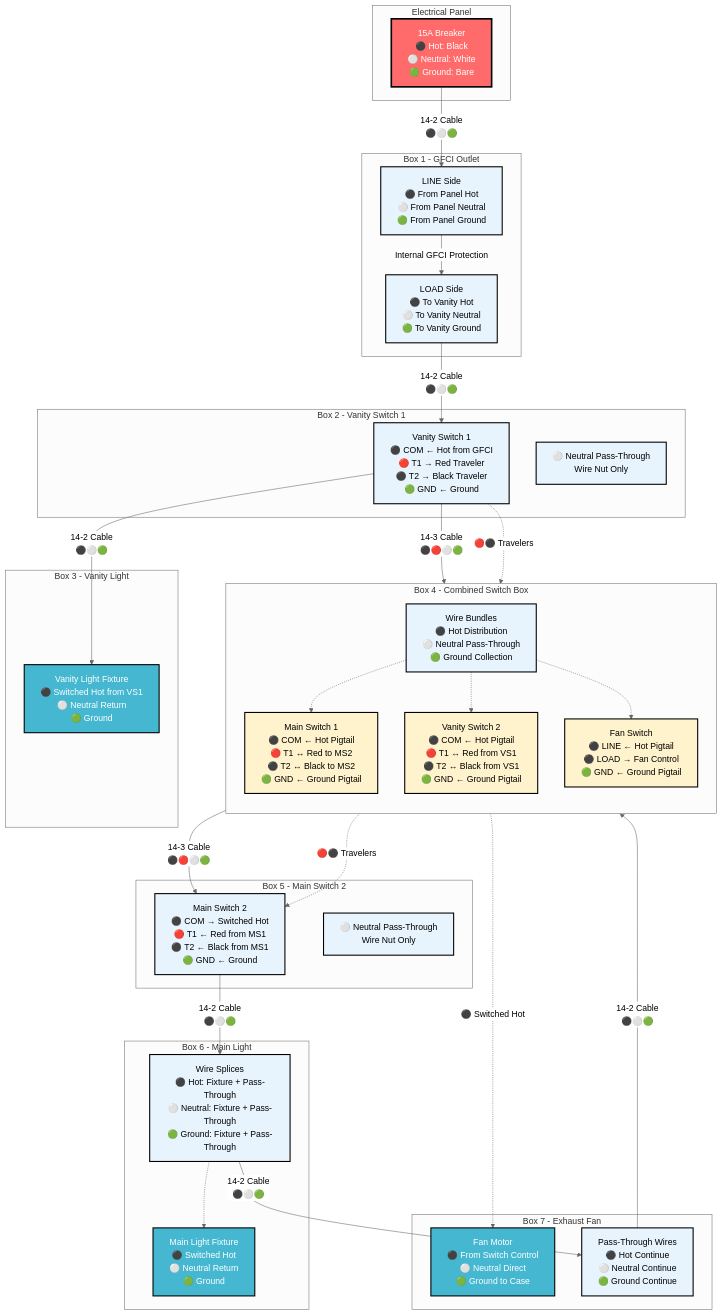
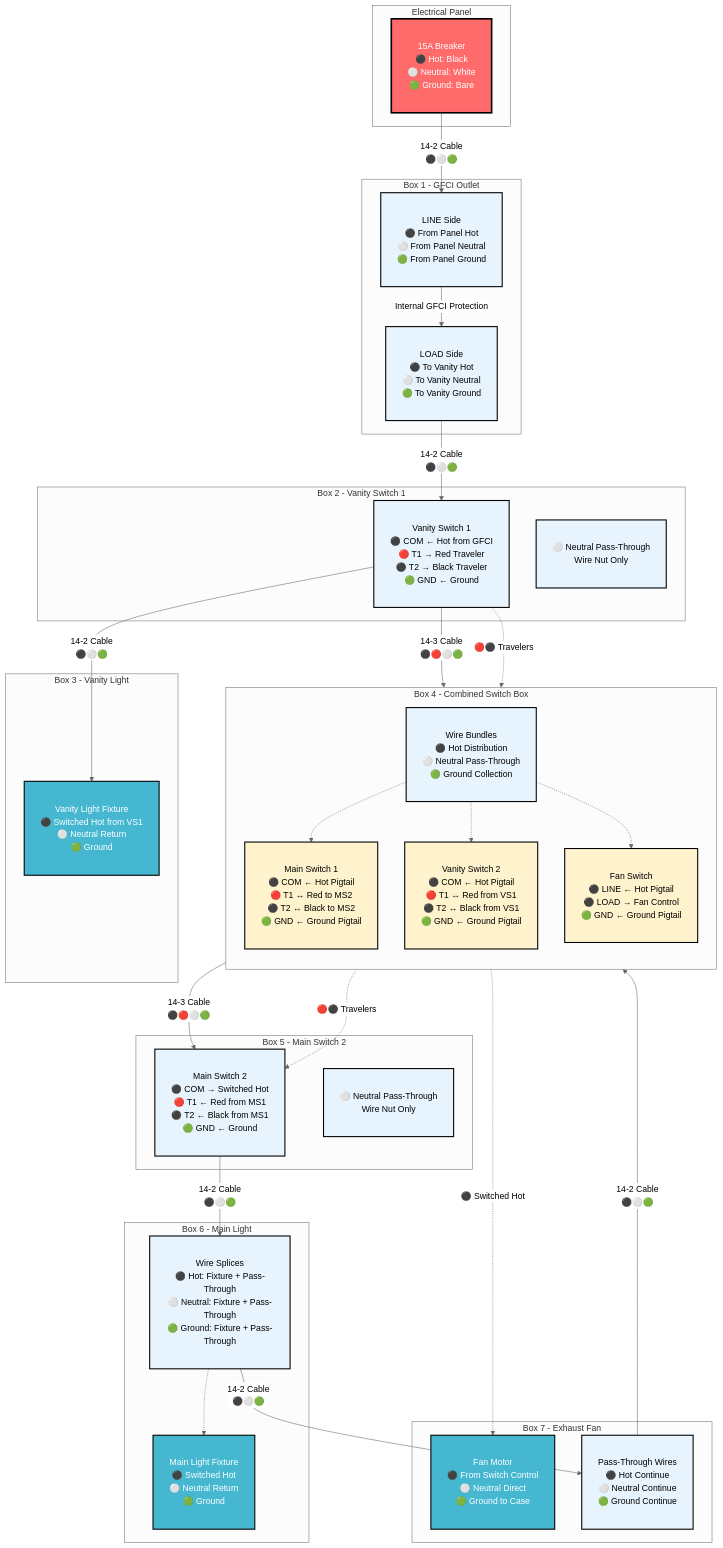
The third of 8 diagrams in diagrams/mermaid-wiring-diagram.md (ticklemycode/electrical-wiring), drawn with Mermaid (neutral theme) before and after one commit. The commit also changed other lines of this file, not shown here.

````diff
--- a/diagrams/mermaid-wiring-diagram.md
+++ b/diagrams/mermaid-wiring-diagram.md
@@ -111,76 +111,76 @@
 ```mermaid
 flowchart TD
     subgraph "Electrical Panel"
         PANEL[15A Breaker<br/>⚫ Hot: Black<br/>⚪ Neutral: White<br/>🟢 Ground: Bare]
     end
     
     subgraph "Box 1 - GFCI Outlet"
         GFCI_LINE[LINE Side<br/>⚫ From Panel Hot<br/>⚪ From Panel Neutral<br/>🟢 From Panel Ground]
         GFCI_LOAD[LOAD Side<br/>⚫ To Vanity Hot<br/>⚪ To Vanity Neutral<br/>🟢 To Vanity Ground]
         GFCI_LINE -->|Internal GFCI Protection| GFCI_LOAD
     end
     
     subgraph "Box 2 - Vanity Switch 1"
         VS1_SWITCH[Vanity Switch 1<br/>⚫ COM ← Hot from GFCI<br/>🔴 T1 → Red Traveler<br/>⚫ T2 → Black Traveler<br/>🟢 GND ← Ground]
         VS1_NEUTRAL[⚪ Neutral Pass-Through<br/>Wire Nut Only]
     end
     
     subgraph "Box 3 - Vanity Light"
         VL_FIXTURE[Vanity Light Fixture<br/>⚫ Switched Hot from VS1<br/>⚪ Neutral Return<br/>🟢 Ground]
     end
     
     subgraph "Box 4 - Combined Switch Box"
         direction TB
         COMB_MAIN[Main Switch 1<br/>⚫ COM ← Hot Pigtail<br/>🔴 T1 ↔ Red to MS2<br/>⚫ T2 ↔ Black to MS2<br/>🟢 GND ← Ground Pigtail]
         COMB_VANITY[Vanity Switch 2<br/>⚫ COM ← Hot Pigtail<br/>🔴 T1 ↔ Red from VS1<br/>⚫ T2 ↔ Black from VS1<br/>🟢 GND ← Ground Pigtail]
         COMB_FAN[Fan Switch<br/>⚫ LINE ← Hot Pigtail<br/>⚫ LOAD → Fan Control<br/>🟢 GND ← Ground Pigtail]
         COMB_BUNDLES[Wire Bundles<br/>⚫ Hot Distribution<br/>⚪ Neutral Pass-Through<br/>🟢 Ground Collection]
         
         COMB_BUNDLES -.-> COMB_MAIN
         COMB_BUNDLES -.-> COMB_VANITY
         COMB_BUNDLES -.-> COMB_FAN
     end
     
     subgraph "Box 5 - Main Switch 2"
         MS2_SWITCH[Main Switch 2<br/>⚫ COM → Switched Hot<br/>🔴 T1 ← Red from MS1<br/>⚫ T2 ← Black from MS1<br/>🟢 GND ← Ground]
         MS2_NEUTRAL[⚪ Neutral Pass-Through<br/>Wire Nut Only]
     end
     
     subgraph "Box 6 - Main Light"
         ML_FIXTURE[Main Light Fixture<br/>⚫ Switched Hot<br/>⚪ Neutral Return<br/>🟢 Ground]
         ML_SPLICE[Wire Splices<br/>⚫ Hot: Fixture + Pass-Through<br/>⚪ Neutral: Fixture + Pass-Through<br/>🟢 Ground: Fixture + Pass-Through]
         ML_SPLICE -.-> ML_FIXTURE
     end
     
     subgraph "Box 7 - Exhaust Fan"
         FAN_MOTOR[Fan Motor<br/>⚫ From Switch Control<br/>⚪ Neutral Direct<br/>🟢 Ground to Case]
         FAN_PASS[Pass-Through Wires<br/>⚫ Hot Continue<br/>⚪ Neutral Continue<br/>🟢 Ground Continue]
     end
     
     %% Cable Connections with Wire Colors
     PANEL -->|14-2 Cable<br/>⚫⚪🟢| GFCI_LINE
     GFCI_LOAD -->|14-2 Cable<br/>⚫⚪🟢| VS1_SWITCH
     VS1_SWITCH -->|14-2 Cable<br/>⚫⚪🟢| VL_FIXTURE
     VS1_SWITCH -->|14-3 Cable<br/>⚫🔴⚪🟢| COMB_BUNDLES
     COMB_BUNDLES -->|14-3 Cable<br/>⚫🔴⚪🟢| MS2_SWITCH
     MS2_SWITCH -->|14-2 Cable<br/>⚫⚪🟢| ML_SPLICE
     ML_SPLICE -->|14-2 Cable<br/>⚫⚪🟢| FAN_PASS
     FAN_PASS -->|14-2 Cable<br/>⚫⚪🟢| COMB_BUNDLES
     
     %% Control Wires
     COMB_FAN -.->|⚫ Switched Hot| FAN_MOTOR
     
     %% Traveler Connections
     VS1_SWITCH -.->|🔴⚫ Travelers| COMB_VANITY
     COMB_MAIN -.->|🔴⚫ Travelers| MS2_SWITCH
     
-    classDef panelStyle fill:#ff6b6b,stroke:#000,stroke-width:3px,color:#fff
-    classDef boxStyle fill:#e8f4fd,stroke:#000,stroke-width:2px,color:#000
-    classDef deviceStyle fill:#fff3cd,stroke:#000,stroke-width:2px,color:#000
-    classDef fixtureStyle fill:#45b7d1,stroke:#000,stroke-width:2px,color:#fff
+    classDef panelStyle fill:#ff6b6b,stroke:#000,stroke-width:3px,color:#fff,padding:15px
+    classDef boxStyle fill:#e8f4fd,stroke:#000,stroke-width:2px,color:#000,padding:15px
+    classDef deviceStyle fill:#fff3cd,stroke:#000,stroke-width:2px,color:#000,padding:15px
+    classDef fixtureStyle fill:#45b7d1,stroke:#000,stroke-width:2px,color:#fff,padding:15px
     
     class PANEL panelStyle
     class GFCI_LINE,GFCI_LOAD,VL_SPLICE,VS1_SWITCH,VS1_NEUTRAL,COMB_BUNDLES,MS2_SWITCH,MS2_NEUTRAL,ML_SPLICE,FAN_PASS boxStyle
     class COMB_MAIN,COMB_VANITY,COMB_FAN deviceStyle
     class VL_FIXTURE,ML_FIXTURE,FAN_MOTOR fixtureStyle
 ```
````
